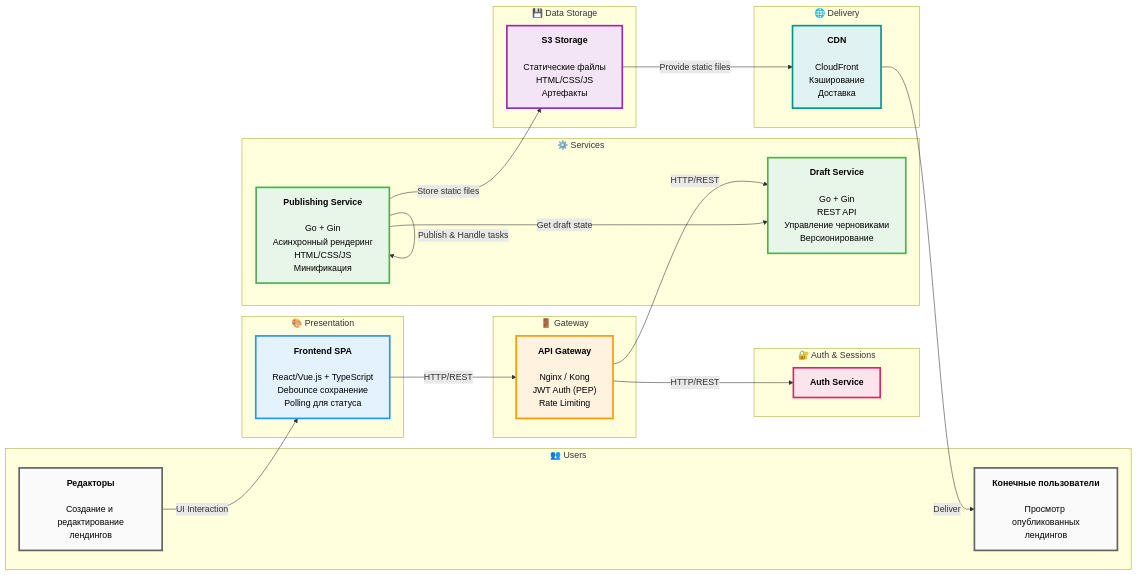
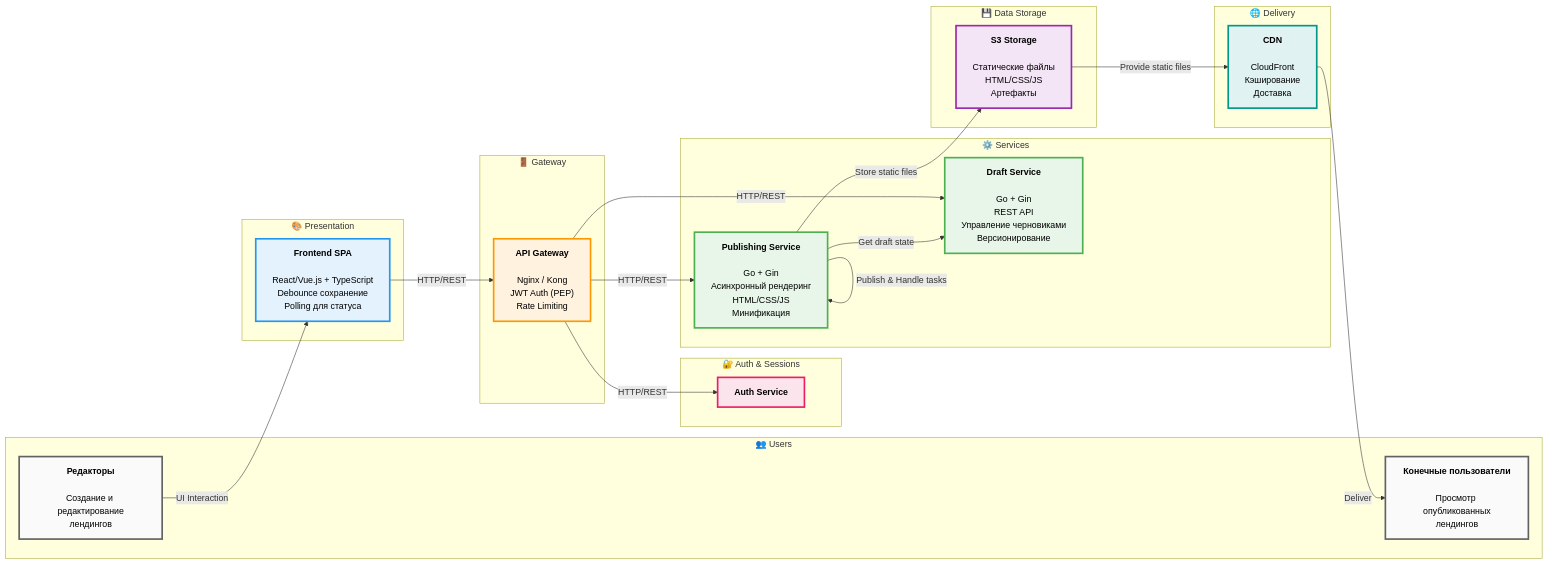
One commit to rki-mai/docs changed the first of 4 diagrams in ADRs/Уточнения и детализация архитектуры.md. Above: the diagram before and after it, drawn with Mermaid.

Commit message:
fix: add dependency from gateway to publish service

````diff
--- a/ADRs/Уточнения и детализация архитектуры.md
+++ b/ADRs/Уточнения и детализация архитектуры.md
@@ -139,65 +139,66 @@
 ```mermaid
 graph LR
     subgraph users["👥 Users"]
         Editors["<b>Редакторы</b><br/><br/>Создание и редактирование<br/>лендингов"]
         EndUsers["<b>Конечные пользователи</b><br/><br/>Просмотр опубликованных<br/>лендингов"]
     end
     
     subgraph presentation["🎨 Presentation"]
         Frontend["<b>Frontend SPA</b><br/><br/>React/Vue.js + TypeScript<br/>Debounce сохранение<br/>Polling для статуса"]
     end
     
     subgraph gateway["🚪 Gateway"]
         Gateway["<b>API Gateway</b><br/><br/>Nginx / Kong<br/>JWT Auth (PEP)<br/>Rate Limiting"]
     end
     
     subgraph auth_storage["🔐 Auth & Sessions"]
         AuthService["<b>Auth Service</b>"]
     end
     
     subgraph services["⚙️ Services"]
         DraftService["<b>Draft Service</b><br/><br/>Go + Gin<br/>REST API<br/>Управление черновиками<br/>Версионирование"]
         
         PublishService["<b>Publishing Service</b><br/><br/>Go + Gin<br/>Асинхронный рендеринг<br/>HTML/CSS/JS<br/>Минификация"]
     end
     
     subgraph data_storage["💾 Data Storage"]
         S3["<b>S3 Storage</b><br/><br/>Статические файлы<br/>HTML/CSS/JS<br/>Артефакты"]
     end
     
     subgraph delivery["🌐 Delivery"]
         CDN["<b>CDN</b><br/><br/>CloudFront<br/>Кэширование<br/>Доставка"]
     end
     
     Editors -->|UI Interaction| Frontend
     Frontend -->|HTTP/REST| Gateway
     
     Gateway -->|HTTP/REST| DraftService
     Gateway -->|HTTP/REST| AuthService
+    Gateway -->|HTTP/REST| PublishService
     
     PublishService -->|Publish & Handle tasks| PublishService
     PublishService -->|Get draft state| DraftService
     PublishService -->|Store static files| S3
     
     S3 -->|Provide static files| CDN
     CDN -->|Deliver| EndUsers
 
     classDef presentationStyle fill:#E3F2FD,stroke:#2196F3,stroke-width:3px,color:#000
     classDef gatewayStyle fill:#FFF3E0,stroke:#FF9800,stroke-width:3px,color:#000
     classDef authStyle fill:#FCE4EC,stroke:#E91E63,stroke-width:3px,color:#000
     classDef serviceStyle fill:#E8F5E9,stroke:#4CAF50,stroke-width:3px,color:#000
     classDef messagingStyle fill:#FFF9C4,stroke:#FBC02D,stroke-width:3px,color:#000
     classDef storageStyle fill:#F3E5F5,stroke:#9C27B0,stroke-width:3px,color:#000
     classDef deliveryStyle fill:#E0F2F1,stroke:#009688,stroke-width:3px,color:#000
     classDef usersStyle fill:#FAFAFA,stroke:#616161,stroke-width:3px,color:#000
     
     class Frontend presentationStyle
     class Gateway gatewayStyle
     class AuthService authStyle
     class DraftService,PublishService serviceStyle
     class RabbitMQ messagingStyle
     class MongoDB,S3 storageStyle
     class Redis,PostgreSQL authStyle
     class CDN deliveryStyle
     class Editors,EndUsers usersStyle
 ```
````
